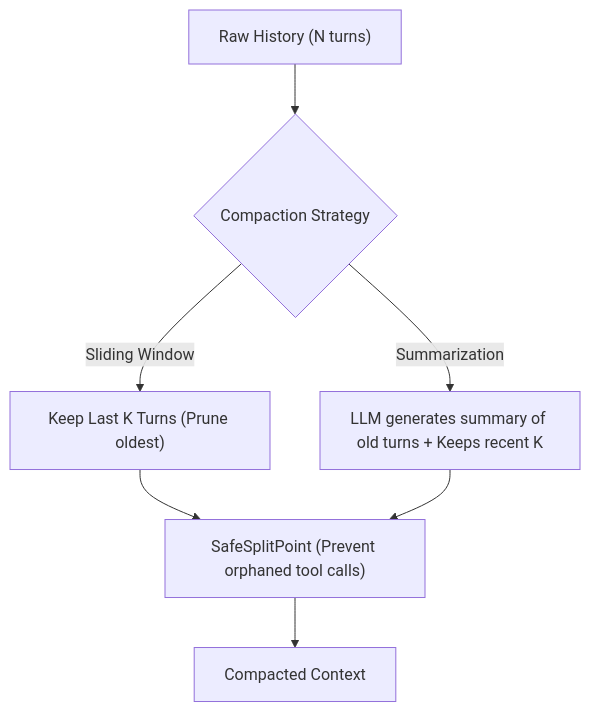
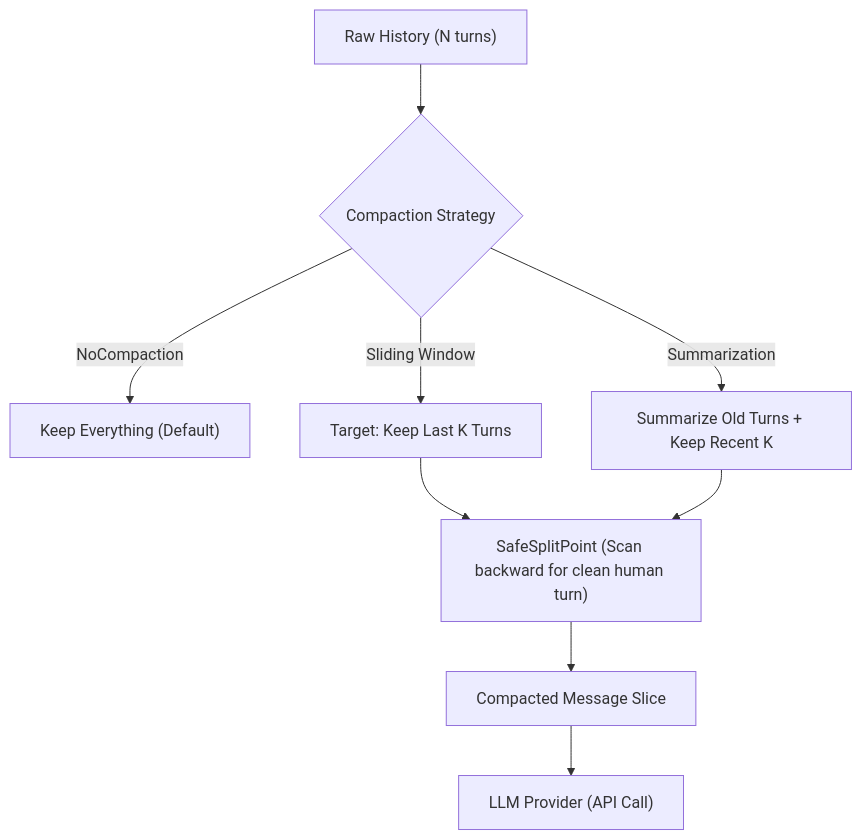
The first of 2 diagrams in docs/steps/07-compaction-strategies.md (AntonioHellin/phi-code-agent), drawn with Mermaid before and after one commit. The commit also changed other lines of this file and 5 other files, not shown here.

Commit message:
step/07-compaction-strategies: feat: implement pluggable compaction and safe split point

````diff
--- a/docs/steps/07-compaction-strategies.md
+++ b/docs/steps/07-compaction-strategies.md
@@ -11,9 +12,11 @@
 ```mermaid
 flowchart TD
     Raw["Raw History (N turns)"] --> Compactor{"Compaction Strategy"}
-    Compactor -->|Sliding Window| Trimmed["Keep Last K Turns (Prune oldest)"]
-    Compactor -->|Summarization| Summarized["LLM generates summary of old turns + Keeps recent K"]
-    Trimmed --> SafeSplit["SafeSplitPoint (Prevent orphaned tool calls)"]
+    Compactor -->|NoCompaction| PassThrough["Keep Everything (Default)"]
+    Compactor -->|Sliding Window| Trimmed["Target: Keep Last K Turns"]
+    Compactor -->|Summarization| Summarized["Summarize Old Turns + Keep Recent K"]
+    Trimmed --> SafeSplit["SafeSplitPoint (Scan backward for clean human turn)"]
     Summarized --> SafeSplit
-    SafeSplit --> Final["Compacted Context"]
+    SafeSplit --> Guarded["Compacted Message Slice"]
+    Guarded --> Provider["LLM Provider (API Call)"]
 ```
````
